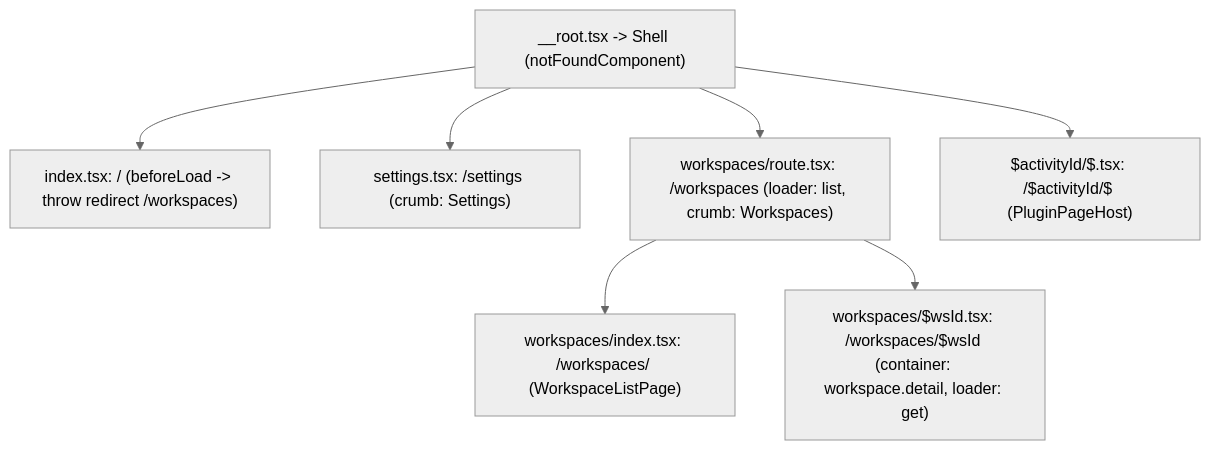
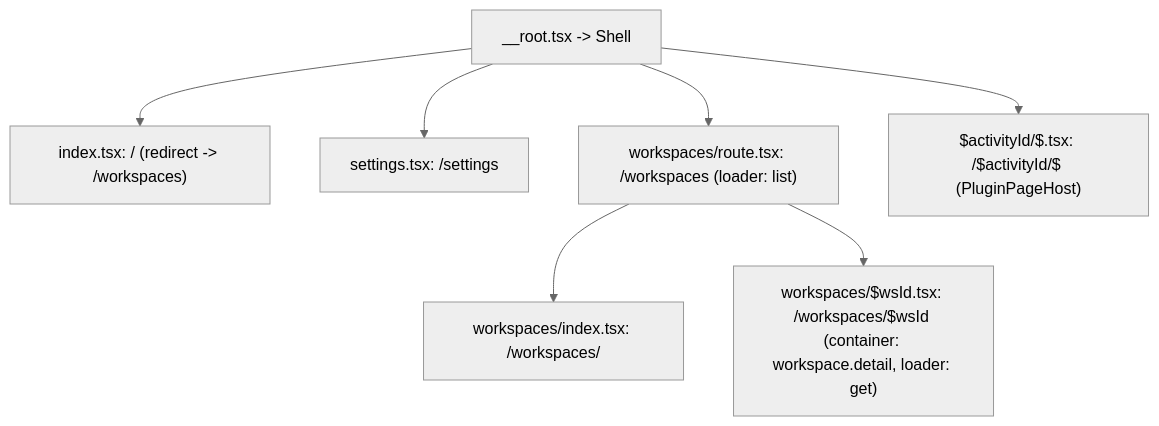
The third of 4 diagrams in docs/DESIGN.md (ppongtong/ide-shell), drawn with Mermaid (neutral theme) before and after one commit. The commit also changed other lines of this file and 28 other files, not shown here.

````diff
--- a/docs/DESIGN.md
+++ b/docs/DESIGN.md
@@ -134,11 +119,11 @@
 ```mermaid
 flowchart TD
-    Root["__root.tsx -> Shell (notFoundComponent)"]
-    Root --> Index["index.tsx: / (beforeLoad -> throw redirect /workspaces)"]
-    Root --> Settings["settings.tsx: /settings (crumb: Settings)"]
-    Root --> WsLayout["workspaces/route.tsx: /workspaces (loader: list, crumb: Workspaces)"]
+    Root["__root.tsx -> Shell"]
+    Root --> Index["index.tsx: / (redirect -> /workspaces)"]
+    Root --> Settings["settings.tsx: /settings"]
+    Root --> WsLayout["workspaces/route.tsx: /workspaces (loader: list)"]
     Root --> CatchAll["$activityId/$.tsx: /$activityId/$ (PluginPageHost)"]
 
-    WsLayout --> WsIndex["workspaces/index.tsx: /workspaces/ (WorkspaceListPage)"]
+    WsLayout --> WsIndex["workspaces/index.tsx: /workspaces/"]
     WsLayout --> WsDetail["workspaces/$wsId.tsx: /workspaces/$wsId (container: workspace.detail, loader: get)"]
 ```
````
